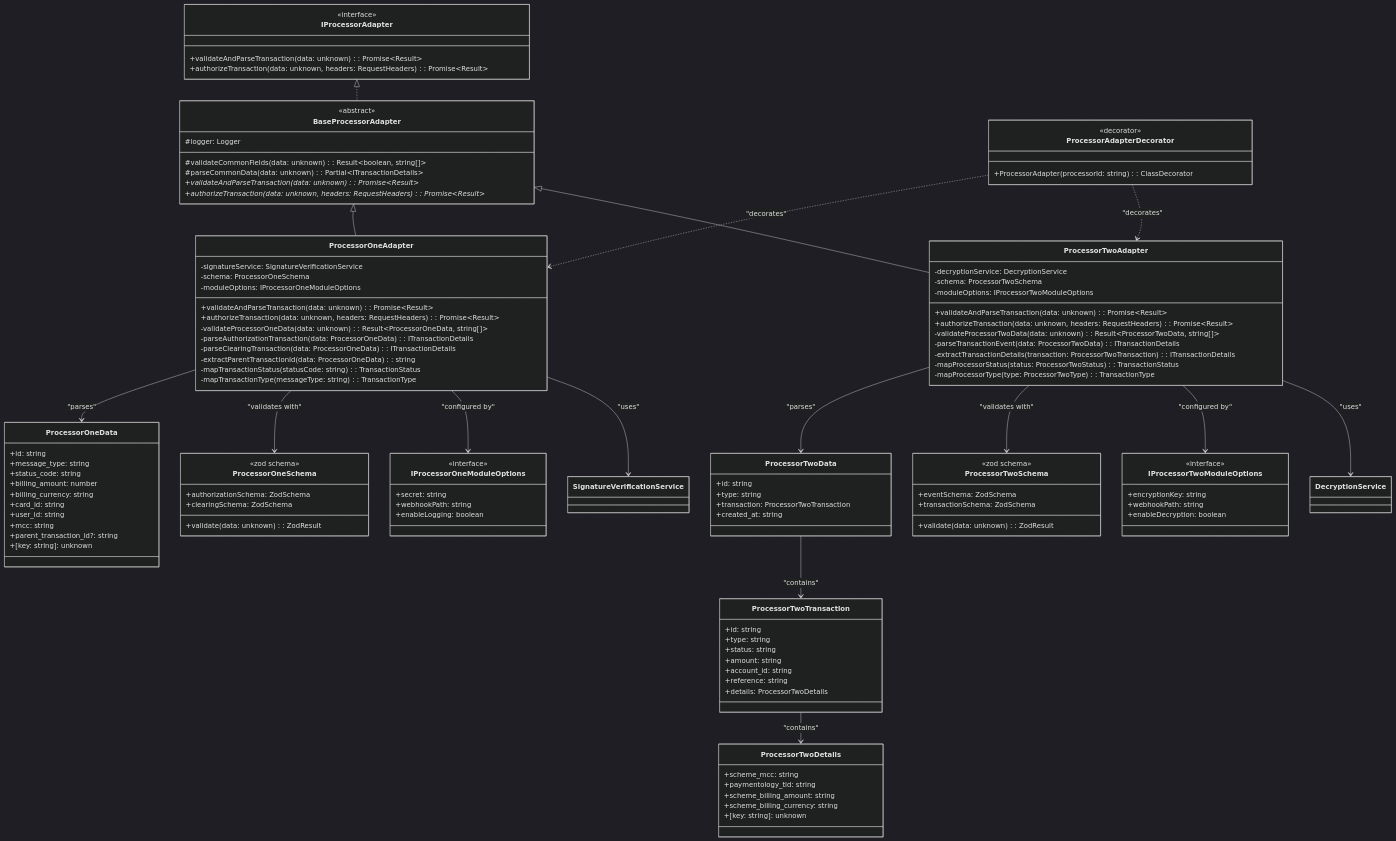
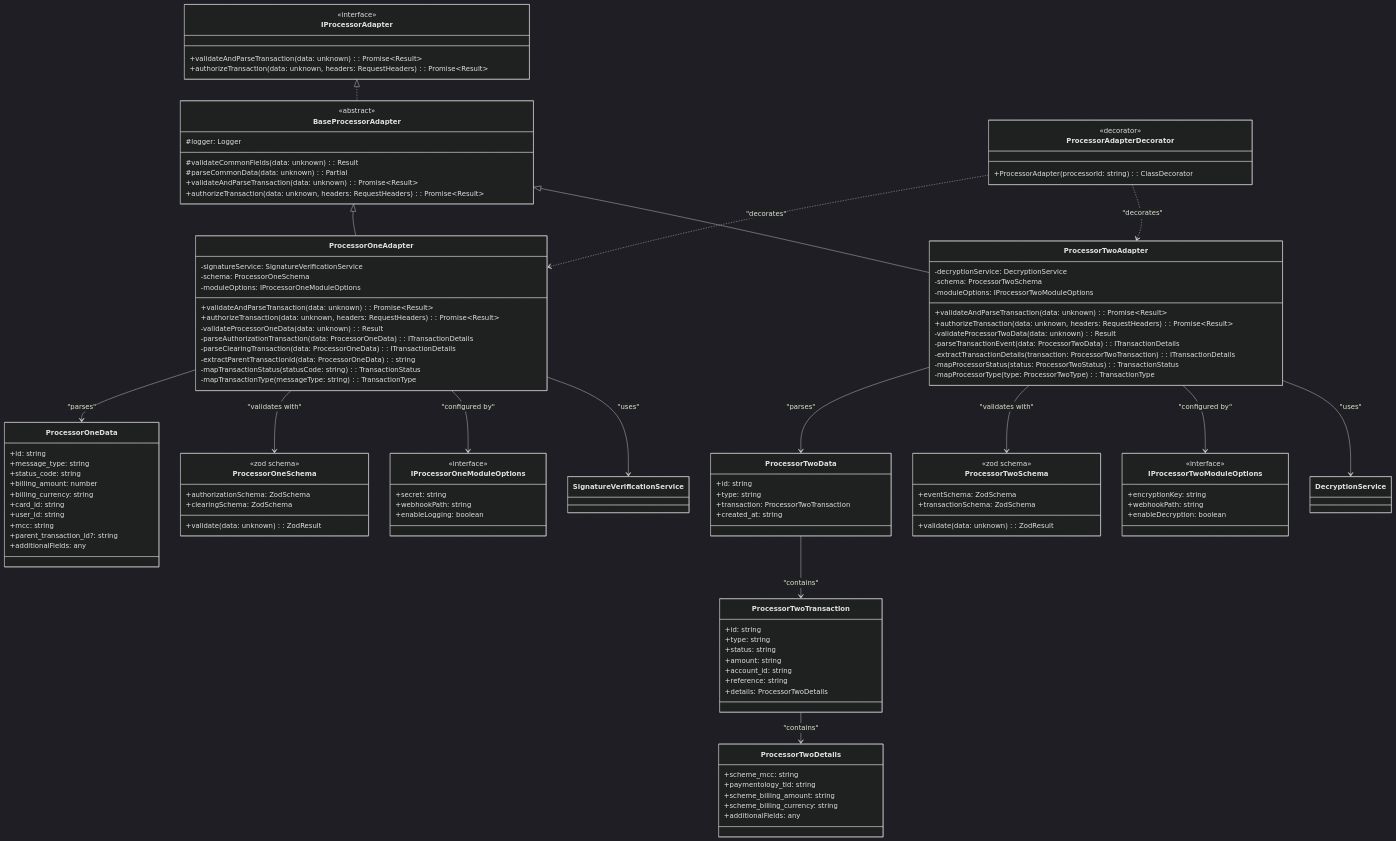
The third of 4 diagrams in docs/CLASS_DIAGRAM.md (Abdallah-Zidan/pemo-task), drawn with Mermaid (dark theme) before and after one commit. The commit also changed other lines of this file and 1 other file, not shown here.

Commit message:
refactor: update class and sequence diagrams for improved type handling and clarity

```diff
--- a/docs/CLASS_DIAGRAM.md
+++ b/docs/CLASS_DIAGRAM.md
@@ -300,10 +300,10 @@
     class BaseProcessorAdapter {
         <<abstract>>
         #logger: Logger
-        #validateCommonFields(data: unknown): Result~boolean, string[]~
-        #parseCommonData(data: unknown): Partial~ITransactionDetails~
-        +validateAndParseTransaction(data: unknown): Promise~Result~*
-        +authorizeTransaction(data: unknown, headers: RequestHeaders): Promise~Result~*
+        #validateCommonFields(data: unknown): Result
+        #parseCommonData(data: unknown): Partial
+        +validateAndParseTransaction(data: unknown): Promise~Result~
+        +authorizeTransaction(data: unknown, headers: RequestHeaders): Promise~Result~
     }
 
     %% Processor One Adapter
@@ -313,7 +313,7 @@
         -moduleOptions: IProcessorOneModuleOptions
         +validateAndParseTransaction(data: unknown): Promise~Result~
         +authorizeTransaction(data: unknown, headers: RequestHeaders): Promise~Result~
-        -validateProcessorOneData(data: unknown): Result~ProcessorOneData, string[]~
+        -validateProcessorOneData(data: unknown): Result
         -parseAuthorizationTransaction(data: ProcessorOneData): ITransactionDetails
         -parseClearingTransaction(data: ProcessorOneData): ITransactionDetails
         -extractParentTransactionId(data: ProcessorOneData): string
@@ -328,7 +328,7 @@
         -moduleOptions: IProcessorTwoModuleOptions
         +validateAndParseTransaction(data: unknown): Promise~Result~
         +authorizeTransaction(data: unknown, headers: RequestHeaders): Promise~Result~
-        -validateProcessorTwoData(data: unknown): Result~ProcessorTwoData, string[]~
+        -validateProcessorTwoData(data: unknown): Result
         -parseTransactionEvent(data: ProcessorTwoData): ITransactionDetails
         -extractTransactionDetails(transaction: ProcessorTwoTransaction): ITransactionDetails
         -mapProcessorStatus(status: ProcessorTwoStatus): TransactionStatus
@@ -346,7 +346,7 @@
         +user_id: string
         +mcc: string
         +parent_transaction_id?: string
-        +[key: string]: unknown
+        +additionalFields: any
     }
 
     class ProcessorTwoData {
@@ -371,7 +371,7 @@
         +paymentology_tid: string
         +scheme_billing_amount: string
         +scheme_billing_currency: string
-        +[key: string]: unknown
+        +additionalFields: any
     }
 
     %% Schema Validation
```
